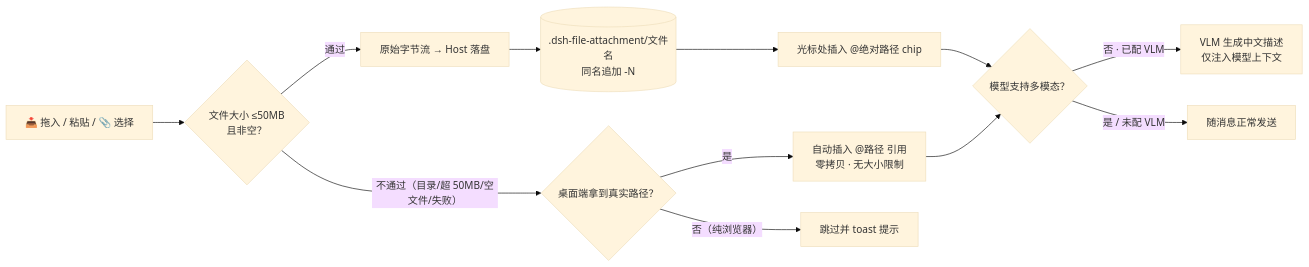
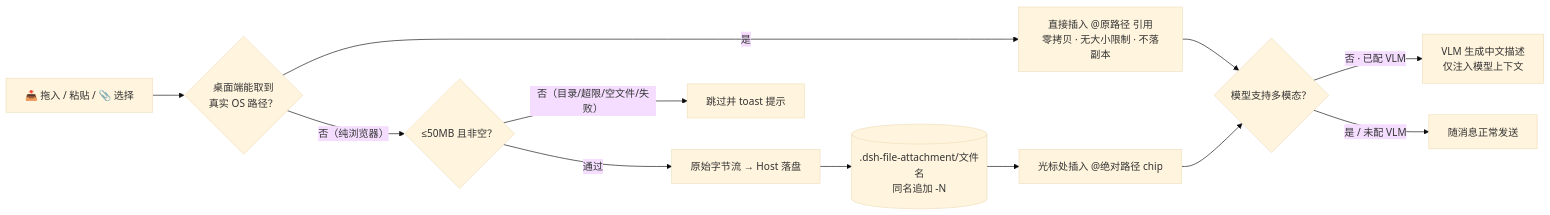
One commit to xinstart-1/dsh-files-fallback changed the first of 2 diagrams in README.md. Above: the diagram before and after it, drawn with Mermaid (base theme). The commit also changed other lines of this file and 3 other files, not shown here.

````diff
--- a/README.md
+++ b/README.md
@@ -66,14 +67,14 @@
 ```mermaid
 flowchart LR
-    A["📥 拖入 / 粘贴 / 📎 选择"] --> B{"文件大小 ≤50MB<br/>且非空？"}
-    B -- "通过" --> C["原始字节流 → Host 落盘"]
-    C --> D[(".dsh-file-attachment/文件名<br/>同名追加 -N")]
-    D --> E["光标处插入 @绝对路径 chip"]
-    B -- "不通过（目录/超 50MB/空文件/失败）" --> F{"桌面端拿到真实路径？"}
-    F -- "是" --> G["自动插入 @路径 引用<br/>零拷贝 · 无大小限制"]
-    F -- "否（纯浏览器）" --> X["跳过并 toast 提示"]
-    E --> H{"模型支持多模态？"}
-    G --> H
-    H -- "否 · 已配 VLM" --> I["VLM 生成中文描述<br/>仅注入模型上下文"]
-    H -- "是 / 未配 VLM" --> J["随消息正常发送"]
+    A["📥 拖入 / 粘贴 / 📎 选择"] --> B{"桌面端能取到<br/>真实 OS 路径？"}
+    B -- "是" --> G["直接插入 @原路径 引用<br/>零拷贝 · 无大小限制 · 不落副本"]
+    B -- "否（纯浏览器）" --> C{"≤50MB 且非空？"}
+    C -- "通过" --> D["原始字节流 → Host 落盘"]
+    D --> E[(".dsh-file-attachment/文件名<br/>同名追加 -N")]
+    E --> H["光标处插入 @绝对路径 chip"]
+    C -- "否（目录/超限/空文件/失败）" --> X["跳过并 toast 提示"]
+    G --> I{"模型支持多模态？"}
+    H --> I
+    I -- "否 · 已配 VLM" --> J["VLM 生成中文描述<br/>仅注入模型上下文"]
+    I -- "是 / 未配 VLM" --> K["随消息正常发送"]
 ```
````
